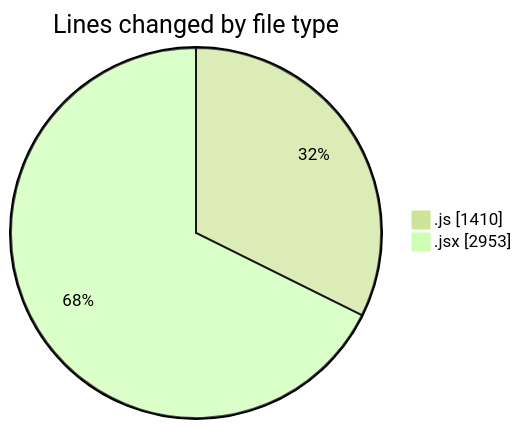
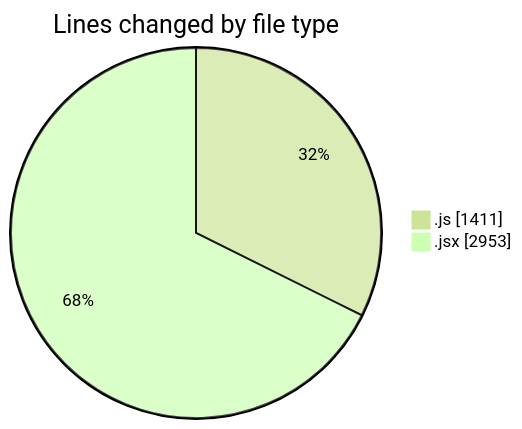
Before and after one commit to nxtqubesakshisongat/code-tracking: the first of 2 diagrams in 2025-09-19/nxtqube_webapp/README.md, drawn with Mermaid (forest theme). The commit also changed other lines of this file and 1 other file, not shown here.

````diff
--- a/2025-09-19/nxtqube_webapp/README.md
+++ b/2025-09-19/nxtqube_webapp/README.md
@@ -24,6 +24,6 @@
 ```mermaid
 pie showData
 title Lines changed by file type
-".js" : 1410
+".js" : 1411
 ".jsx" : 2953
 ```
````
